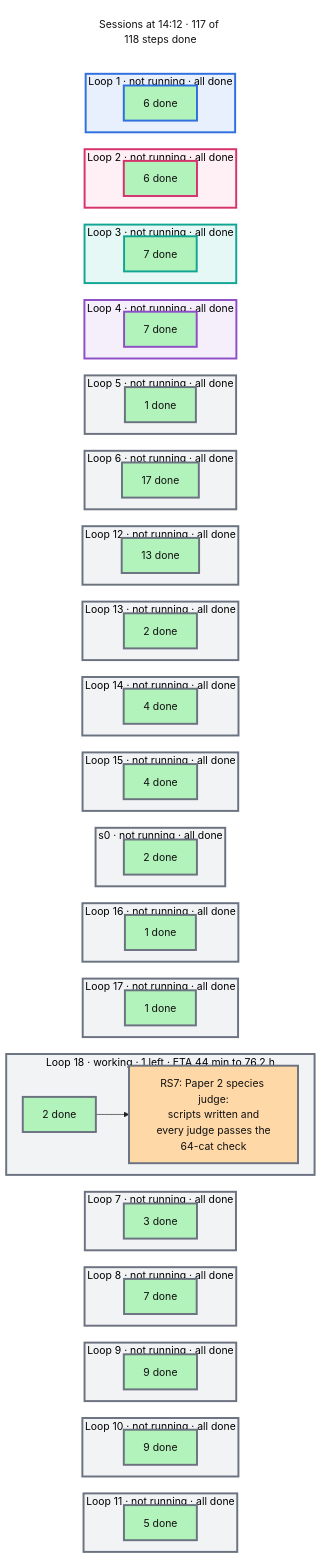
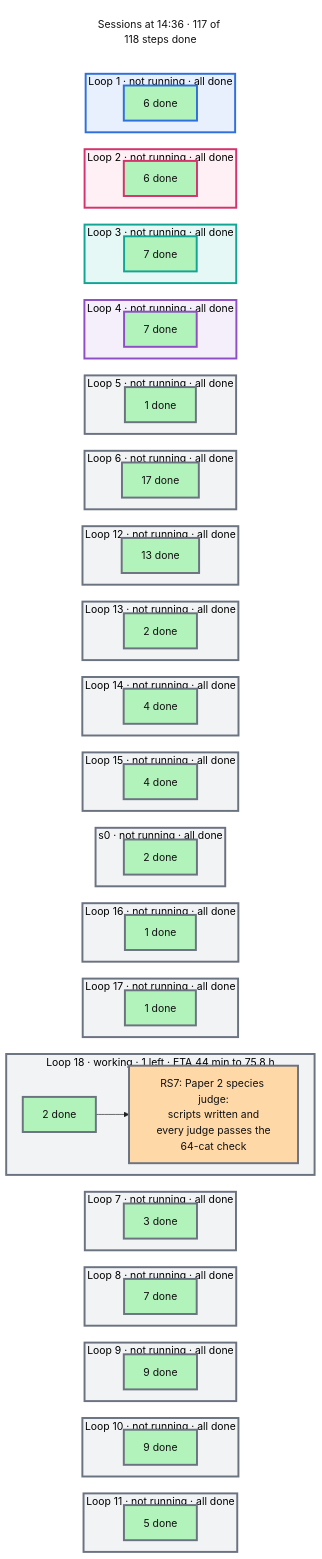
Before and after one commit to mo-rsa24/concept-composition: the diagram in artifacts/notes/progress/sessions.mmd, drawn with Mermaid. The commit also changed 8 other files, not shown here.

```diff
--- a/artifacts/notes/progress/sessions.mmd
+++ b/artifacts/notes/progress/sessions.mmd
@@ -1,124 +1,124 @@
 %%{init: {'theme': 'base', 'themeVariables': {'fontFamily': 'monospace', 'primaryColor': '#ffffff', 'primaryBorderColor': '#222222', 'primaryTextColor': '#111111', 'lineColor': '#222222'}, 'flowchart': {'nodeSpacing': 16, 'rankSpacing': 26}}}%%
 flowchart TB
   classDef done fill:#b2f2bb,color:#111111
   classDef doing fill:#ffd8a8,color:#111111
   classDef todo fill:#e9ecef,color:#111111
   classDef note fill:#ffffff,stroke:#c92a2a,stroke-dasharray:5 5,color:#c92a2a
-  now["Sessions at 14:12 · 117 of 118 steps done"]
+  now["Sessions at 14:36 · 117 of 118 steps done"]
   style now fill:#ffffff,stroke:#ffffff,color:#111111
   subgraph L0["Loop 1 · not running · all done"]
     direction LR
     d0["6 done"]:::done
   end
   subgraph L1["Loop 2 · not running · all done"]
     direction LR
     d1["6 done"]:::done
   end
   subgraph L2["Loop 3 · not running · all done"]
     direction LR
     d2["7 done"]:::done
   end
   subgraph L3["Loop 4 · not running · all done"]
     direction LR
     d3["7 done"]:::done
   end
   subgraph L4["Loop 5 · not running · all done"]
     direction LR
     d4["1 done"]:::done
   end
   subgraph L5["Loop 6 · not running · all done"]
     direction LR
     d5["17 done"]:::done
   end
   subgraph L6["Loop 12 · not running · all done"]
     direction LR
     d6["13 done"]:::done
   end
   subgraph L7["Loop 13 · not running · all done"]
     direction LR
     d7["2 done"]:::done
   end
   subgraph L8["Loop 14 · not running · all done"]
     direction LR
     d8["4 done"]:::done
   end
   subgraph L9["Loop 15 · not running · all done"]
     direction LR
     d9["4 done"]:::done
   end
   subgraph L10["s0 · not running · all done"]
     direction LR
     d10["2 done"]:::done
   end
   subgraph L11["Loop 16 · not running · all done"]
     direction LR
     d11["1 done"]:::done
   end
   subgraph L12["Loop 17 · not running · all done"]
     direction LR
     d12["1 done"]:::done
   end
-  subgraph L13["Loop 18 · working · 1 left · ETA 44 min to 76.2 h"]
+  subgraph L13["Loop 18 · working · 1 left · ETA 44 min to 75.8 h"]
     direction LR
     d13["2 done"]:::done --> n_RS7["RS7: Paper 2 species judge:<br/>scripts written and<br/>every judge passes the<br/>64-cat check"]:::doing
   end
   subgraph L14["Loop 7 · not running · all done"]
     direction LR
     d14["3 done"]:::done
   end
   subgraph L15["Loop 8 · not running · all done"]
     direction LR
     d15["7 done"]:::done
   end
   subgraph L16["Loop 9 · not running · all done"]
     direction LR
     d16["9 done"]:::done
   end
   subgraph L17["Loop 10 · not running · all done"]
     direction LR
     d17["9 done"]:::done
   end
   subgraph L18["Loop 11 · not running · all done"]
     direction LR
     d18["5 done"]:::done
   end
   now ~~~ L0 ~~~ L1 ~~~ L2 ~~~ L3 ~~~ L4 ~~~ L5 ~~~ L6 ~~~ L7 ~~~ L8 ~~~ L9 ~~~ L10 ~~~ L11 ~~~ L12 ~~~ L13 ~~~ L14 ~~~ L15 ~~~ L16 ~~~ L17 ~~~ L18
   style L0 fill:#e8f0fd,stroke:#2f6fde,stroke-width:3px
   style d0 stroke:#2f6fde,stroke-width:3px
   style L1 fill:#fff0f6,stroke:#d6336c,stroke-width:3px
   style d1 stroke:#d6336c,stroke-width:3px
   style L2 fill:#e6f8f5,stroke:#12a594,stroke-width:3px
   style d2 stroke:#12a594,stroke-width:3px
   style L3 fill:#f5effb,stroke:#8e4ec6,stroke-width:3px
   style d3 stroke:#8e4ec6,stroke-width:3px
   style L4 fill:#f1f3f5,stroke:#6b7280,stroke-width:3px
   style d4 stroke:#6b7280,stroke-width:3px
   style L5 fill:#f1f3f5,stroke:#6b7280,stroke-width:3px
   style d5 stroke:#6b7280,stroke-width:3px
   style L6 fill:#f1f3f5,stroke:#6b7280,stroke-width:3px
   style d6 stroke:#6b7280,stroke-width:3px
   style L7 fill:#f1f3f5,stroke:#6b7280,stroke-width:3px
   style d7 stroke:#6b7280,stroke-width:3px
   style L8 fill:#f1f3f5,stroke:#6b7280,stroke-width:3px
   style d8 stroke:#6b7280,stroke-width:3px
   style L9 fill:#f1f3f5,stroke:#6b7280,stroke-width:3px
   style d9 stroke:#6b7280,stroke-width:3px
   style L10 fill:#f1f3f5,stroke:#6b7280,stroke-width:3px
   style d10 stroke:#6b7280,stroke-width:3px
   style L11 fill:#f1f3f5,stroke:#6b7280,stroke-width:3px
   style d11 stroke:#6b7280,stroke-width:3px
   style L12 fill:#f1f3f5,stroke:#6b7280,stroke-width:3px
   style d12 stroke:#6b7280,stroke-width:3px
   style L13 fill:#f1f3f5,stroke:#6b7280,stroke-width:3px
   style d13 stroke:#6b7280,stroke-width:3px
   style n_RS7 stroke:#6b7280,stroke-width:3px
   style L14 fill:#f1f3f5,stroke:#6b7280,stroke-width:3px
   style d14 stroke:#6b7280,stroke-width:3px
   style L15 fill:#f1f3f5,stroke:#6b7280,stroke-width:3px
   style d15 stroke:#6b7280,stroke-width:3px
   style L16 fill:#f1f3f5,stroke:#6b7280,stroke-width:3px
   style d16 stroke:#6b7280,stroke-width:3px
   style L17 fill:#f1f3f5,stroke:#6b7280,stroke-width:3px
   style d17 stroke:#6b7280,stroke-width:3px
   style L18 fill:#f1f3f5,stroke:#6b7280,stroke-width:3px
   style d18 stroke:#6b7280,stroke-width:3px
```
